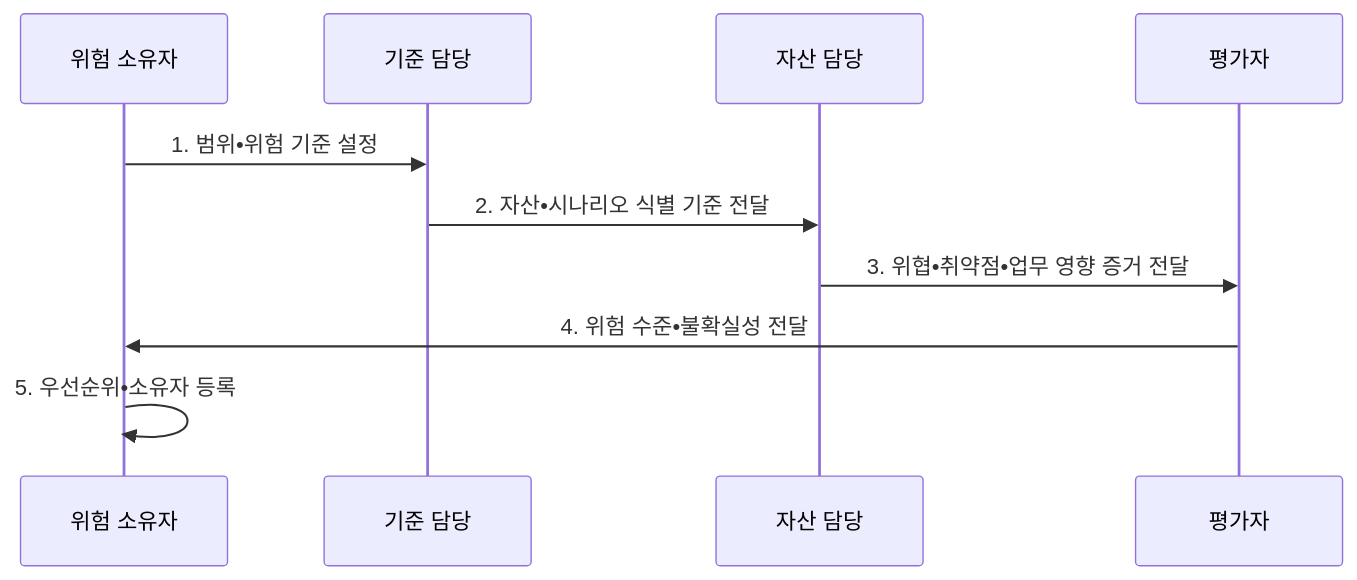
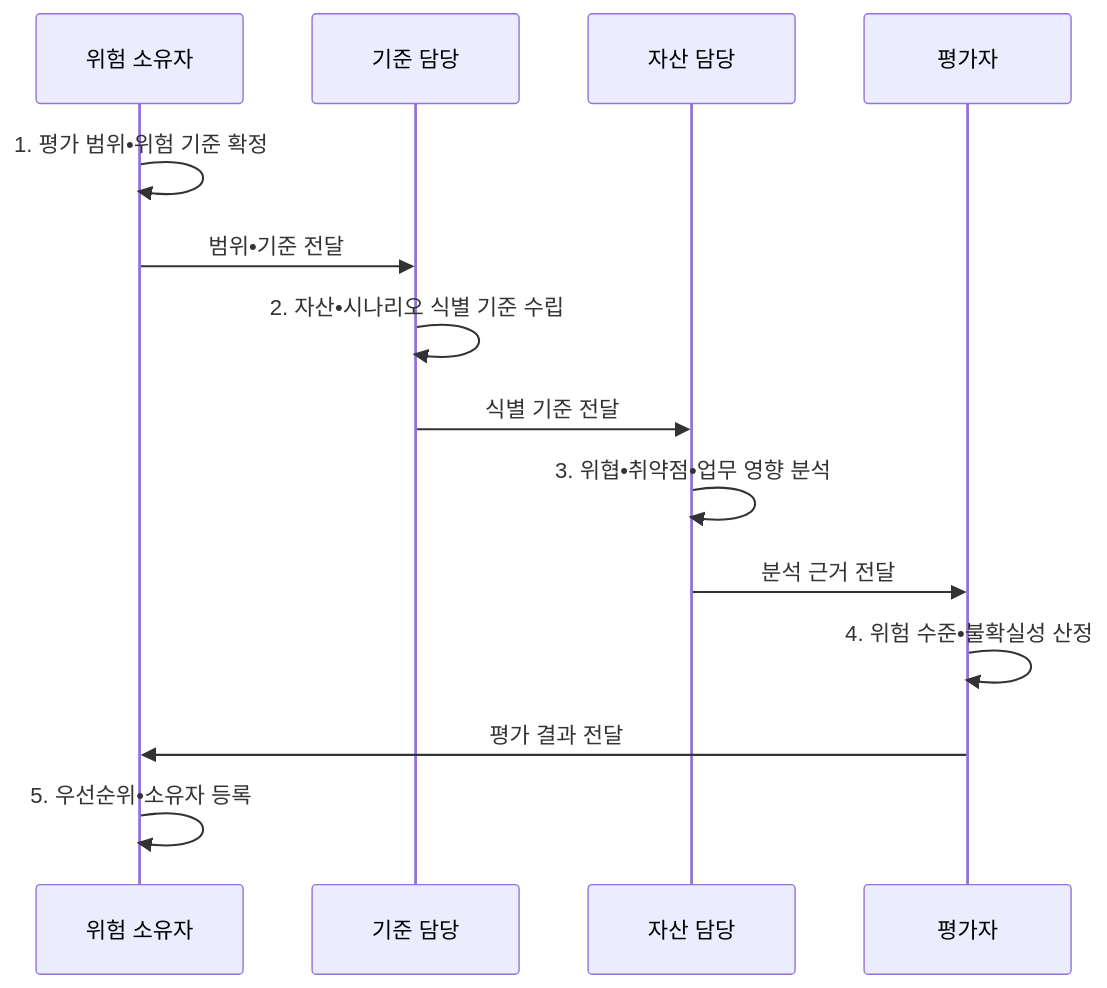
One commit to agnusdei1207/knowledge-base changed the second of 2 diagrams in src/content/docs/notes/05-security/108_information_security_risk_assessment.md. Above: the diagram before and after it, drawn with Mermaid. The commit also changed other lines of this file and 20 other files, not shown here.

````diff
--- a/src/content/docs/notes/05-security/108_information_security_risk_assessment.md
+++ b/src/content/docs/notes/05-security/108_information_security_risk_assessment.md
@@ -101,12 +101,16 @@
 ```mermaid
 sequenceDiagram
   participant O as 위험 소유자
   participant C as 기준 담당
   participant A as 자산 담당
   participant E as 평가자
-  O->>C: 1. 범위•위험 기준 설정
-  C->>A: 2. 자산•시나리오 식별 기준 전달
-  A->>E: 3. 위협•취약점•업무 영향 증거 전달
-  E->>O: 4. 위험 수준•불확실성 전달
+  O->>O: 1. 평가 범위•위험 기준 확정
+  O->>C: 범위•기준 전달
+  C->>C: 2. 자산•시나리오 식별 기준 수립
+  C->>A: 식별 기준 전달
+  A->>A: 3. 위협•취약점•업무 영향 분석
+  A->>E: 분석 근거 전달
+  E->>E: 4. 위험 수준•불확실성 산정
+  E->>O: 평가 결과 전달
   O->>O: 5. 우선순위•소유자 등록
 ```
````
